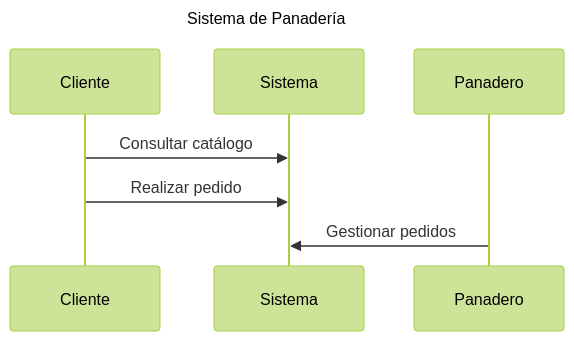
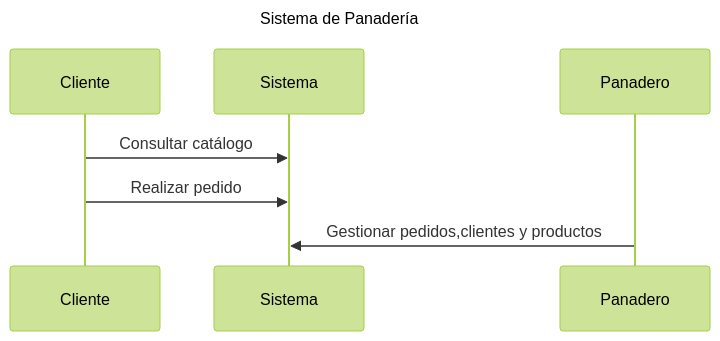
Before and after one commit to CacholoDev/PFC: the first of 7 diagrams in doc/doc.md, drawn with Mermaid (forest theme). The commit also changed other lines of this file and 1 other file, not shown here.

````diff
--- a/doc/doc.md
+++ b/doc/doc.md
@@ -208,9 +201,9 @@
 ```mermaid
 ---
 title: Sistema de Panadería
 ---
 sequenceDiagram
     Cliente->>Sistema: Consultar catálogo
     Cliente->>Sistema: Realizar pedido
-    Panadero->>Sistema: Gestionar pedidos
+    Panadero->>Sistema: Gestionar pedidos,clientes y productos
 ```
````
